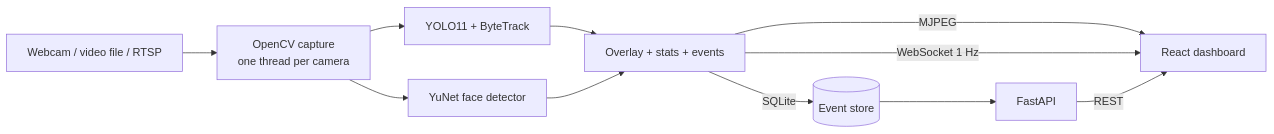
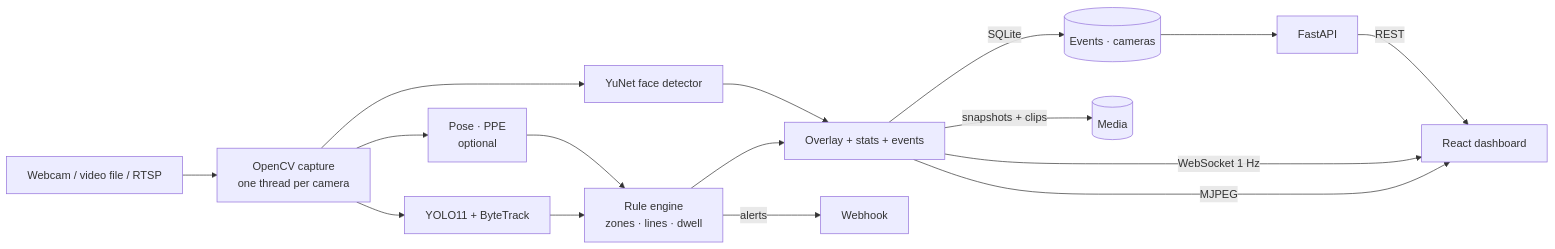
One commit to yudizaxay/ai-surveillance changed the diagram in README.md. Above: the diagram before and after it, drawn with Mermaid. The commit also changed other lines of this file and 38 other files, not shown here.

First line of the commit message:
Add zones and line crossing, alerts with clips, pose, heatmap, login, Docker and evaluation

````diff
--- a/README.md
+++ b/README.md
@@ -123,13 +249,18 @@
 ```mermaid
 flowchart LR
     A[Webcam / video file / RTSP] --> B[OpenCV capture<br/>one thread per camera]
     B --> C[YOLO11 + ByteTrack]
     B --> D[YuNet face detector]
-    C --> E[Overlay + stats + events]
+    B --> P[Pose · PPE<br/>optional]
+    C --> R[Rule engine<br/>zones · lines · dwell]
+    P --> R
+    R --> E[Overlay + stats + events]
     D --> E
     E -->|MJPEG| F[React dashboard]
-    E -->|SQLite| G[(Event store)]
+    E -->|SQLite| G[(Events · cameras)]
+    E -->|snapshots + clips| M[(Media)]
+    R -->|alerts| W[Webhook]
     G --> H[FastAPI]
     E -->|WebSocket 1 Hz| F
     H -->|REST| F
 ```
````
